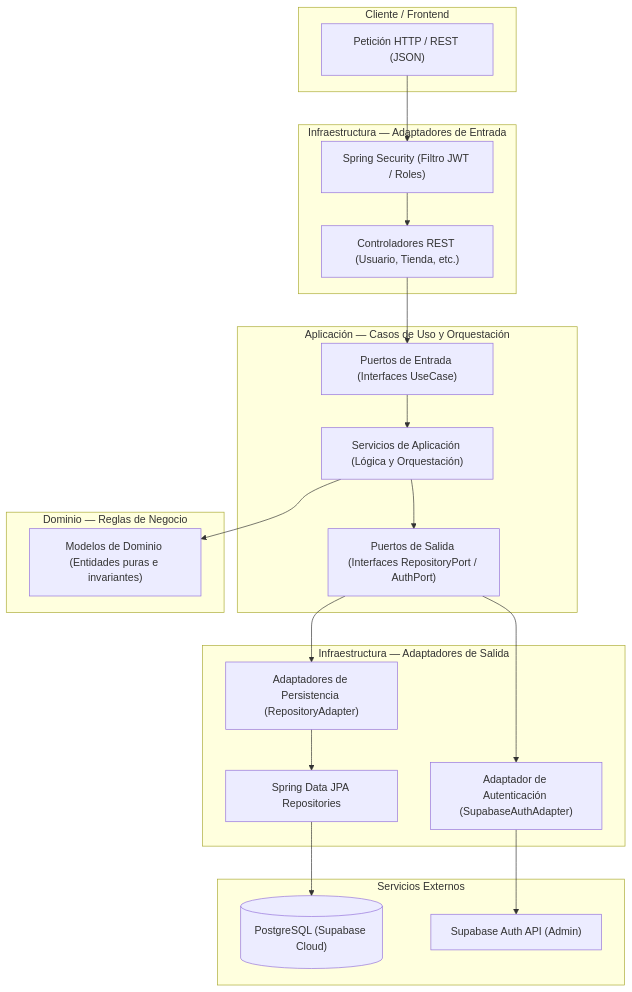
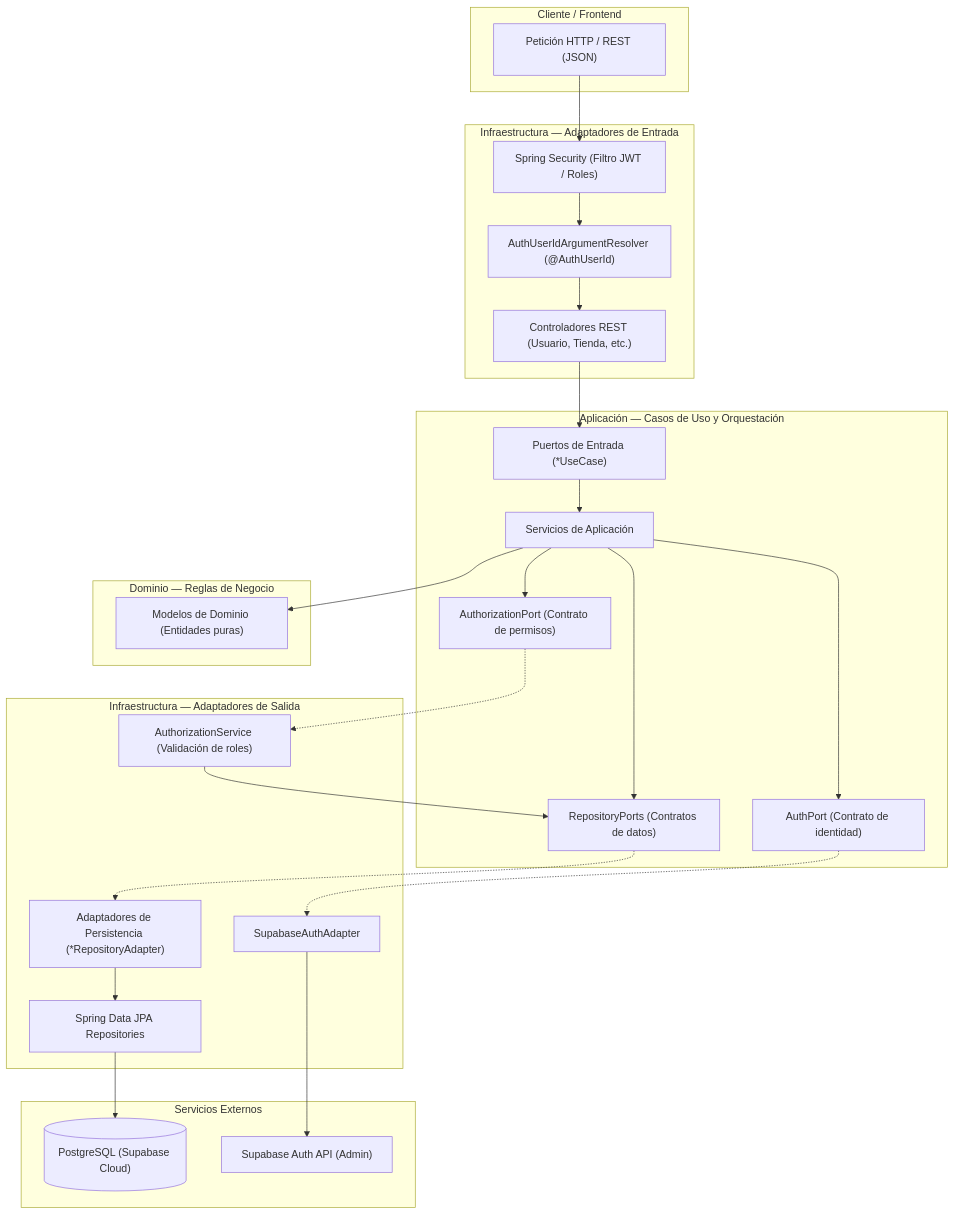
The diagram in README.md (Empresa-Real/OptiWay-Backend), drawn with Mermaid before and after one commit. The commit also changed other lines of this file and 1 other file, not shown here.

````diff
--- a/README.md
+++ b/README.md
@@ -61,44 +65,59 @@
 ```mermaid
 flowchart TD
     subgraph Client["Cliente / Frontend"]
         Req["Petición HTTP / REST (JSON)"]
     end
 
     subgraph InfraIn["Infraestructura — Adaptadores de Entrada"]
         Security["Spring Security (Filtro JWT / Roles)"]
+        Resolver["AuthUserIdArgumentResolver (@AuthUserId)"]
         Controller["Controladores REST (Usuario, Tienda, etc.)"]
     end
 
     subgraph Application["Aplicación — Casos de Uso y Orquestación"]
-        PortIn["Puertos de Entrada (Interfaces UseCase)"]
-        Service["Servicios de Aplicación (Lógica y Orquestación)"]
-        PortOut["Puertos de Salida (Interfaces RepositoryPort / AuthPort)"]
+        PortIn["Puertos de Entrada (*UseCase)"]
+        Service["Servicios de Aplicación"]
+        PortAuthz["AuthorizationPort (Contrato de permisos)"]
+        PortRepo["RepositoryPorts (Contratos de datos)"]
+        PortAuth["AuthPort (Contrato de identidad)"]
     end
 
     subgraph Domain["Dominio — Reglas de Negocio"]
-        Model["Modelos de Dominio (Entidades puras e invariantes)"]
+        Model["Modelos de Dominio (Entidades puras)"]
     end
 
     subgraph InfraOut["Infraestructura — Adaptadores de Salida"]
-        RepoAdapter["Adaptadores de Persistencia (RepositoryAdapter)"]
-        AuthAdapter["Adaptador de Autenticación (SupabaseAuthAdapter)"]
+        AuthzService["AuthorizationService (Validación de roles)"]
+        RepoAdapter["Adaptadores de Persistencia (*RepositoryAdapter)"]
+        AuthAdapter["SupabaseAuthAdapter"]
         JpaRepo["Spring Data JPA Repositories"]
     end
 
     subgraph External["Servicios Externos"]
         DB[("PostgreSQL (Supabase Cloud)")]
         SupabaseAuth["Supabase Auth API (Admin)"]
     end
 
     Req --> Security
-    Security --> Controller
+    Security --> Resolver
+    Resolver --> Controller
     Controller --> PortIn
     PortIn --> Service
     Service --> Model
-    Service --> PortOut
-    PortOut --> RepoAdapter
-    PortOut --> AuthAdapter
+
+    %% Flujo 1: Autorización
+    Service --> PortAuthz
+    PortAuthz -.-> AuthzService
+    AuthzService --> PortRepo
+
+    %% Flujo 2: Persistencia del caso de uso
+    Service --> PortRepo
+    PortRepo -.-> RepoAdapter
     RepoAdapter --> JpaRepo
     JpaRepo --> DB
+
+    %% Flujo 3: Proveedor de Auth externo
+    Service --> PortAuth
+    PortAuth -.-> AuthAdapter
     AuthAdapter --> SupabaseAuth
 ```
````
